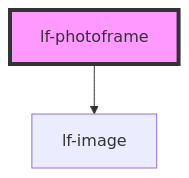
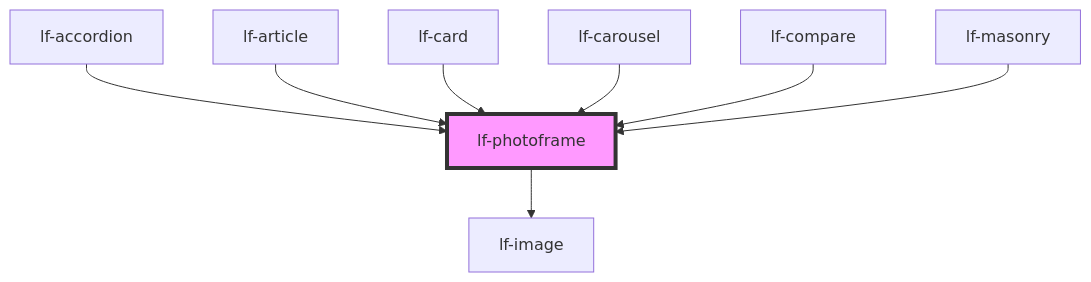
One commit to lucafoscili/lf-widgets changed the diagram in packages/core/src/components/lf-photoframe/readme.md. Above: the diagram before and after it, drawn with Mermaid. The commit also changed other lines of this file and 68 other files, not shown here.

````diff
--- a/packages/core/src/components/lf-photoframe/readme.md
+++ b/packages/core/src/components/lf-photoframe/readme.md
@@ -101,5 +110,11 @@
 ```mermaid
 graph TD;
   lf-photoframe --> lf-image
+  lf-accordion --> lf-photoframe
+  lf-article --> lf-photoframe
+  lf-card --> lf-photoframe
+  lf-carousel --> lf-photoframe
+  lf-compare --> lf-photoframe
+  lf-masonry --> lf-photoframe
   style lf-photoframe fill:#f9f,stroke:#333,stroke-width:4px
 ```
````
